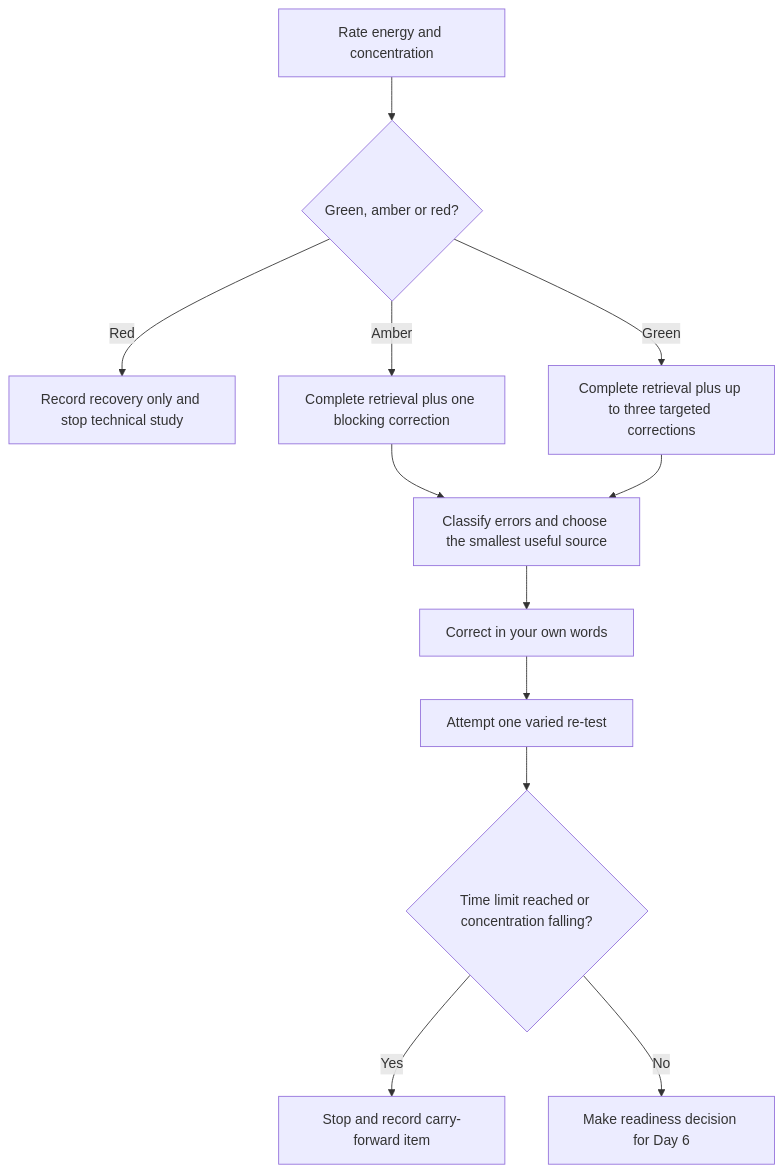
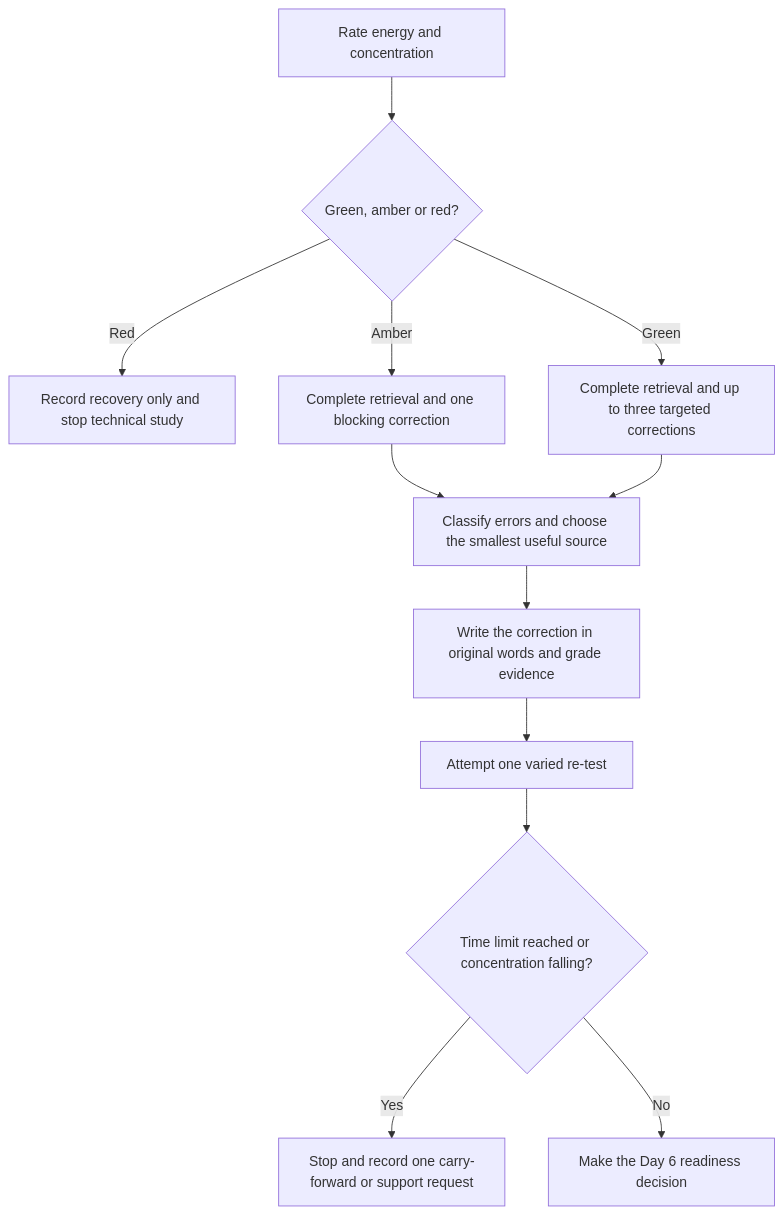
Before and after one commit to andrew3stedall/capstone: the first of 2 diagrams in docs/learning-plans/6-week/modules/day-05-rest-retrieval-and-source-navigation-correction.md, drawn with Mermaid. The commit also changed other lines of this file, not shown here.

Commit message:
Improve six-week Day 5 recovery module

````diff
--- a/docs/learning-plans/6-week/modules/day-05-rest-retrieval-and-source-navigation-correction.md
+++ b/docs/learning-plans/6-week/modules/day-05-rest-retrieval-and-source-navigation-correction.md
@@ -149,14 +168,14 @@
 ```mermaid
 flowchart TD
     A["Rate energy and concentration"] --> B{"Green, amber or red?"}
     B -->|"Red"| C["Record recovery only and stop technical study"]
-    B -->|"Amber"| D["Complete retrieval plus one blocking correction"]
-    B -->|"Green"| E["Complete retrieval plus up to three targeted corrections"]
+    B -->|"Amber"| D["Complete retrieval and one blocking correction"]
+    B -->|"Green"| E["Complete retrieval and up to three targeted corrections"]
     D --> F["Classify errors and choose the smallest useful source"]
     E --> F
-    F --> G["Correct in your own words"]
+    F --> G["Write the correction in original words and grade evidence"]
     G --> H["Attempt one varied re-test"]
     H --> I{"Time limit reached or concentration falling?"}
-    I -->|"Yes"| J["Stop and record carry-forward item"]
-    I -->|"No"| K["Make readiness decision for Day 6"]
+    I -->|"Yes"| J["Stop and record one carry-forward or support request"]
+    I -->|"No"| K["Make the Day 6 readiness decision"]
 ```
````
